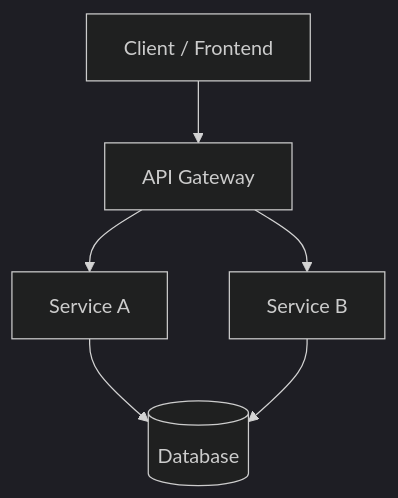
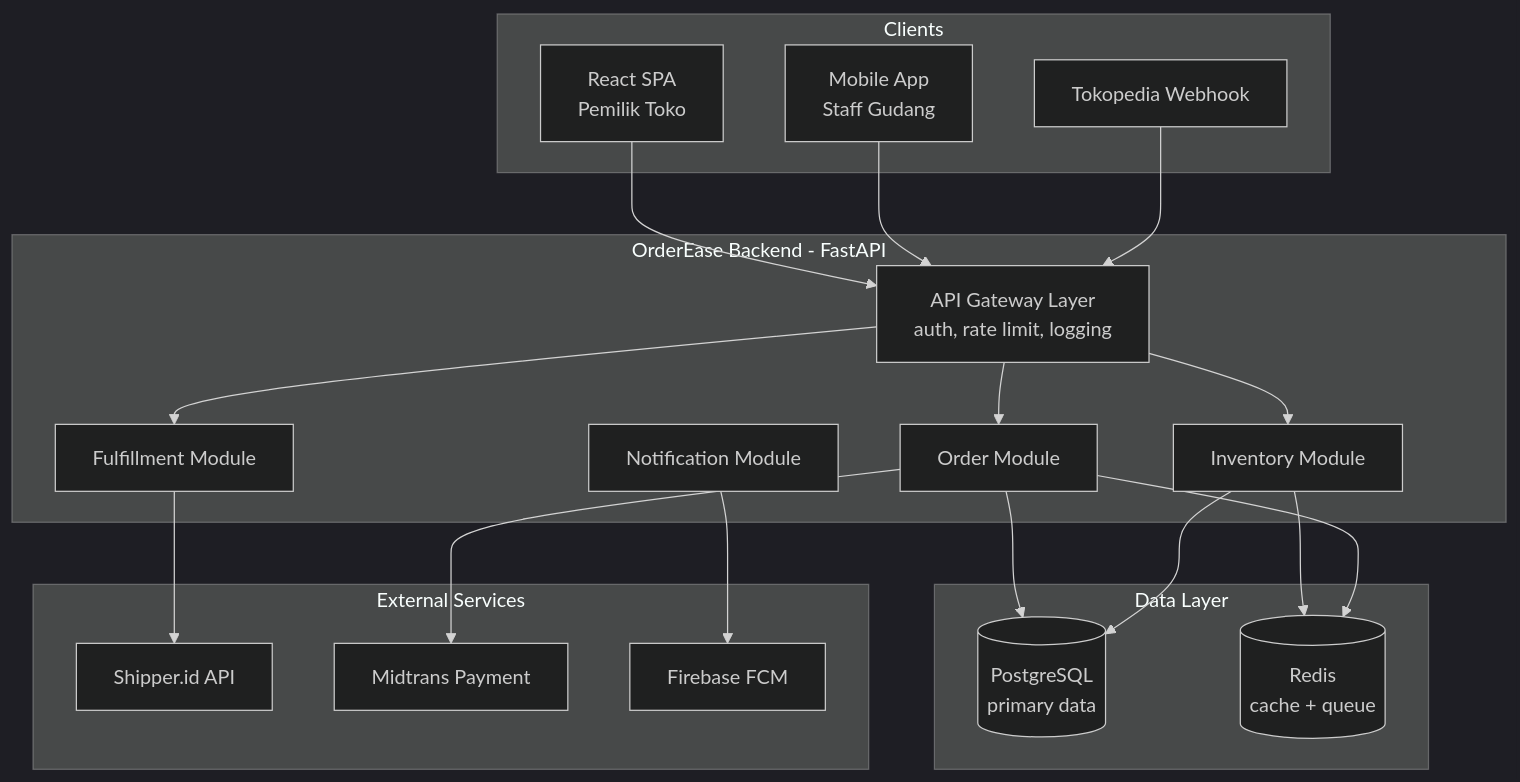
The diagram in context/architecture.md (gesngprasojo/copilot-agent), drawn with Mermaid (dark theme) before and after one commit. The commit also changed other lines of this file and 4 other files, not shown here.

Commit message:
docs: update architecture, coding standards, project context, and lessons learned documentation

````diff
--- a/context/architecture.md
+++ b/context/architecture.md
@@ -14,8 +19,41 @@
 ```mermaid
 graph TD
-    A[Client / Frontend] --> B[API Gateway]
-    B --> C[Service A]
-    B --> D[Service B]
-    C --> E[(Database)]
+    subgraph Clients
+        A[React SPA<br/>Pemilik Toko]
+        B[Mobile App<br/>Staff Gudang]
+        C[Tokopedia Webhook]
+    end
+
+    subgraph OrderEase Backend - FastAPI
+        D[API Gateway Layer<br/>auth, rate limit, logging]
+        E[Order Module]
+        F[Inventory Module]
+        G[Fulfillment Module]
+        H[Notification Module]
+    end
+
+    subgraph Data Layer
+        I[(PostgreSQL<br/>primary data)]
+        J[(Redis<br/>cache + queue)]
+    end
+
+    subgraph External Services
+        K[Shipper.id API]
+        L[Midtrans Payment]
+        M[Firebase FCM]
+    end
+
+    A --> D
+    B --> D
+    C --> D
     D --> E
+    D --> F
+    D --> G
+    E --> I
+    F --> I
+    F --> J
+    G --> K
+    E --> L
+    H --> M
+    E --> J
 ```
````
